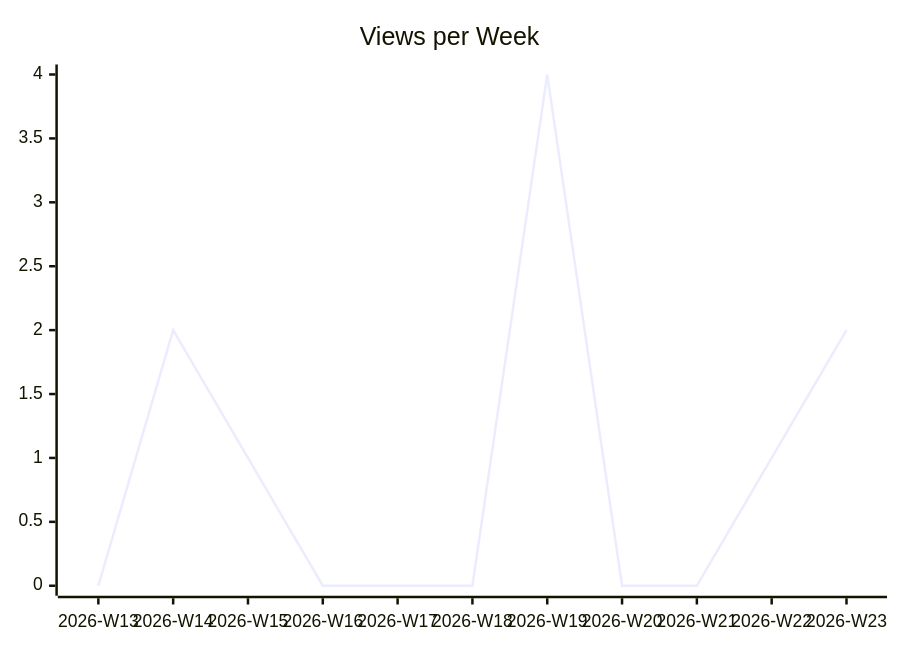
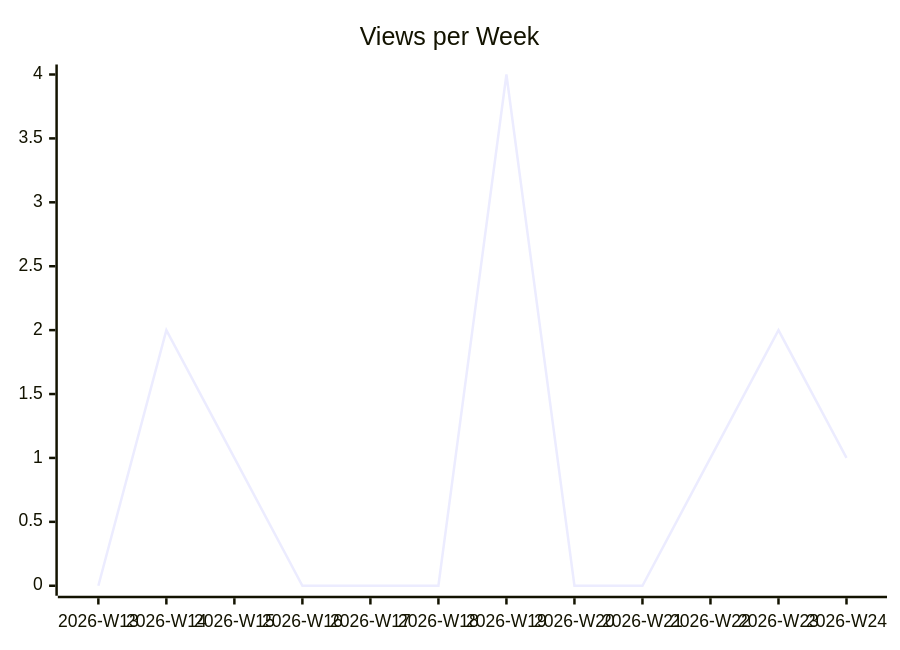
Before and after one commit to justdavis-family/github-analytics-data: the second of 3 diagrams in karlmdavis/justdavis-ansible/README.md, drawn with Mermaid. The commit also changed other lines of this file and 189 other files, not shown here.

````diff
--- a/karlmdavis/justdavis-ansible/README.md
+++ b/karlmdavis/justdavis-ansible/README.md
@@ -12,6 +12,6 @@
 ```mermaid
 xychart-beta
   title "Views per Week"
-  x-axis ["2026-W13", "2026-W14", "2026-W15", "2026-W16", "2026-W17", "2026-W18", "2026-W19", "2026-W20", "2026-W21", "2026-W22", "2026-W23"]
-  line [0, 2, 1, 0, 0, 0, 4, 0, 0, 1, 2]
+  x-axis ["2026-W13", "2026-W14", "2026-W15", "2026-W16", "2026-W17", "2026-W18", "2026-W19", "2026-W20", "2026-W21", "2026-W22", "2026-W23", "2026-W24"]
+  line [0, 2, 1, 0, 0, 0, 4, 0, 0, 1, 2, 1]
 ```
````
